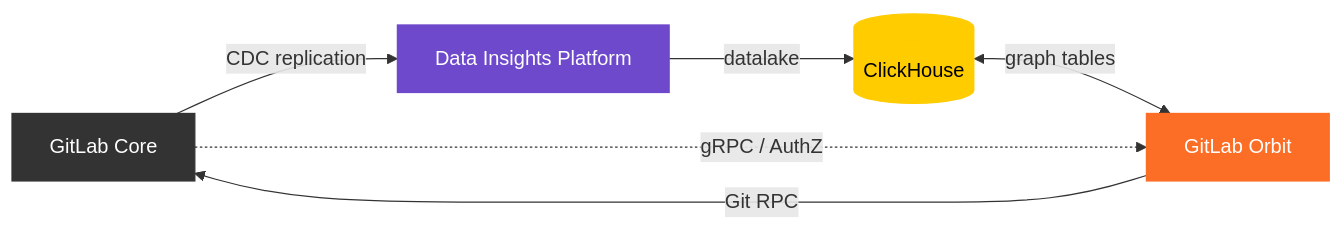
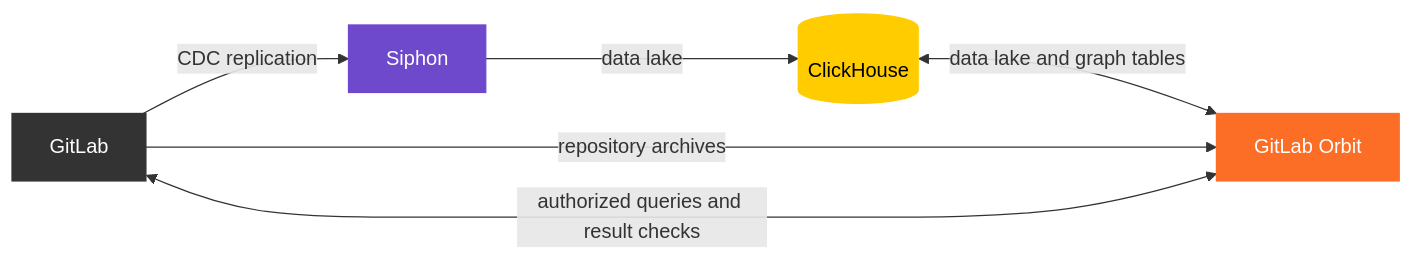
One commit to kyama0/gitlab-handbook-ja changed the diagram in content/handbook/engineering/architecture/design-documents/orbit/_index.md. Above: the diagram before and after it, drawn with Mermaid. The commit also changed other lines of this file and 100 other files, not shown here.

````diff
--- a/content/handbook/engineering/architecture/design-documents/orbit/_index.md
+++ b/content/handbook/engineering/architecture/design-documents/orbit/_index.md
@@ -31,13 +38,13 @@
 ```mermaid
 flowchart LR
-    GitLab[GitLab Core] -- CDC replication --> DIP[Data Insights Platform]
-    GKG -- Git RPC --> GitLab
-    DIP -- datalake --> CH[(ClickHouse)]
-    CH <-- graph tables --> GKG[GitLab Orbit]
-    GitLab -. gRPC / AuthZ .-> GKG
+    GitLab[GitLab] -- CDC replication --> Siphon[Siphon]
+    Siphon -- data lake --> CH[(ClickHouse)]
+    CH <-- data lake and graph tables --> Orbit[GitLab Orbit]
+    GitLab -- repository archives --> Orbit
+    GitLab <-- authorized queries and result checks --> Orbit
 
     style GitLab fill:#333,color:#fff,stroke:#333
-    style DIP fill:#6E49CB,color:#fff,stroke:#6E49CB
+    style Siphon fill:#6E49CB,color:#fff,stroke:#6E49CB
     style CH fill:#FFCC00,color:#000,stroke:#FFCC00
-    style GKG fill:#FC6D26,color:#fff,stroke:#FC6D26
+    style Orbit fill:#FC6D26,color:#fff,stroke:#FC6D26
 ```
````
